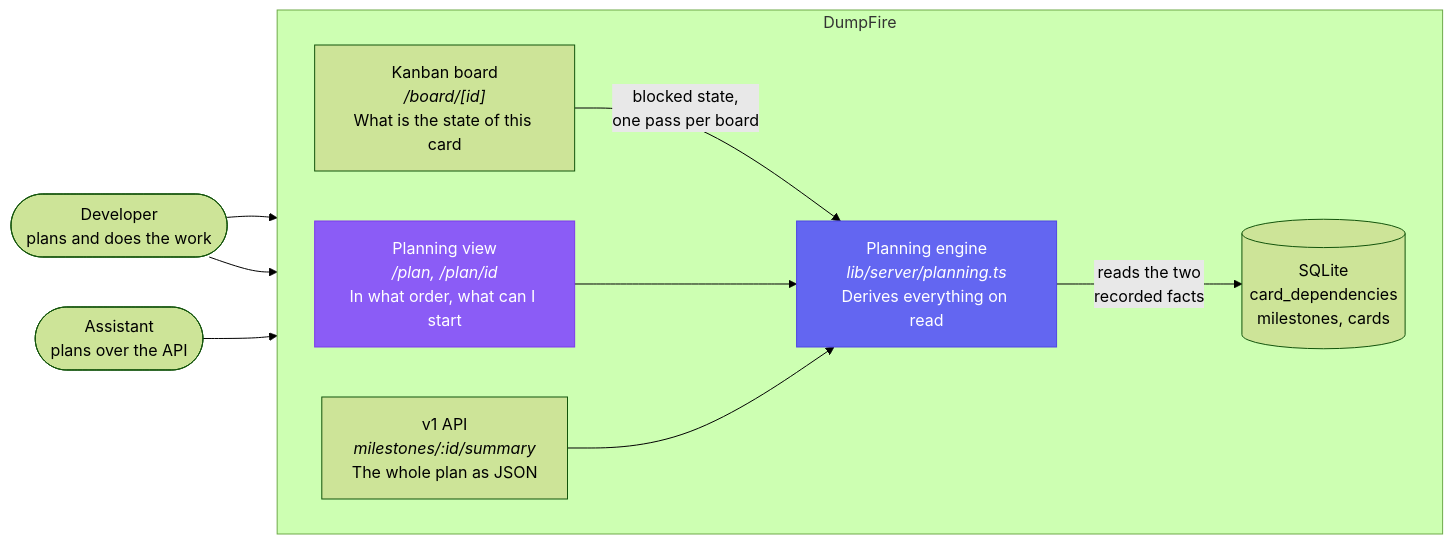
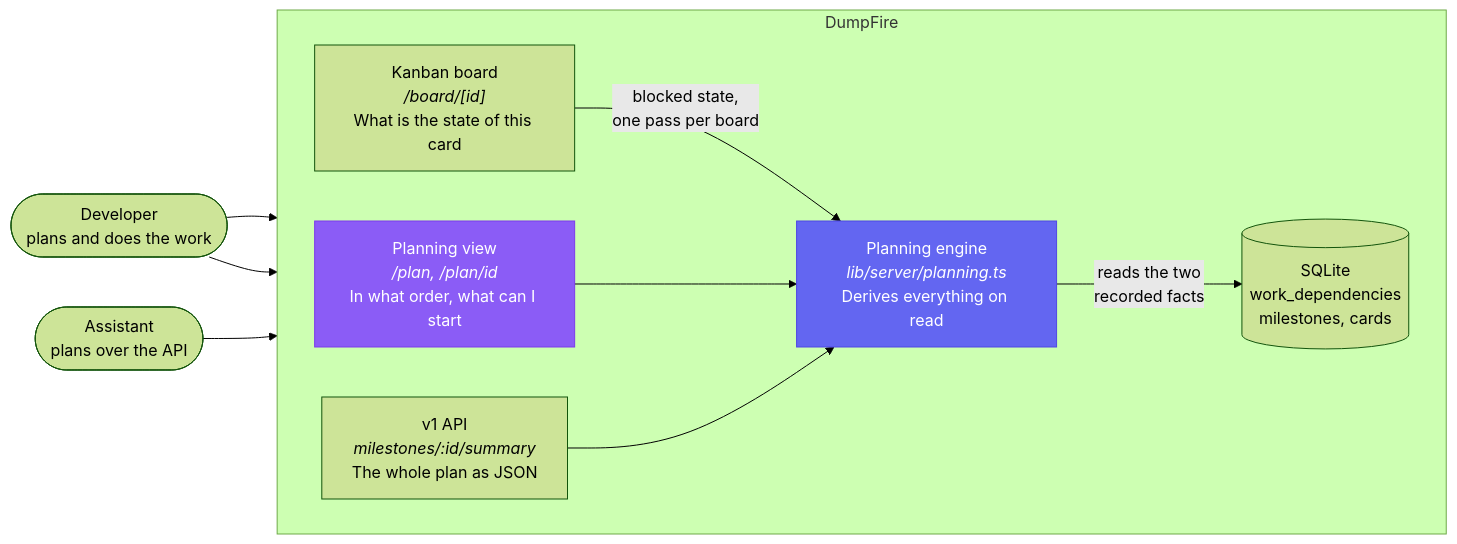
Before and after one commit to gitBoon/DumpFire: the first of 5 diagrams in docs/critical-path-planning.md, drawn with Mermaid (forest theme). The commit also changed other lines of this file and 317 other files, not shown here.

````diff
--- a/docs/critical-path-planning.md
+++ b/docs/critical-path-planning.md
@@ -52,25 +53,25 @@
 ```mermaid
 flowchart LR
     dev(["Developer<br/>plans and does the work"])
     agent(["Assistant<br/>plans over the API"])
 
     subgraph DumpFire
         direction LR
         board["Kanban board<br/><i>/board/[id]</i><br/>What is the state of this card"]
         plan["Planning view<br/><i>/plan, /plan/id</i><br/>In what order, what can I start"]
         api["v1 API<br/><i>milestones/:id/summary</i><br/>The whole plan as JSON"]
         engine["Planning engine<br/><i>lib/server/planning.ts</i><br/>Derives everything on read"]
-        db[("SQLite<br/>card_dependencies<br/>milestones, cards")]
+        db[("SQLite<br/>work_dependencies<br/>milestones, cards")]
     end
 
     dev --> board
     dev --> plan
     agent --> api
     board -- "blocked state,<br/>one pass per board" --> engine
     plan --> engine
     api --> engine
     engine -- "reads the two<br/>recorded facts" --> db
 
     style engine fill:#6366f1,stroke:#4f46e5,color:#fff
     style plan fill:#8b5cf6,stroke:#7c3aed,color:#fff
 ```
````
